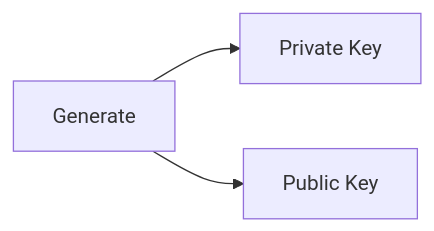
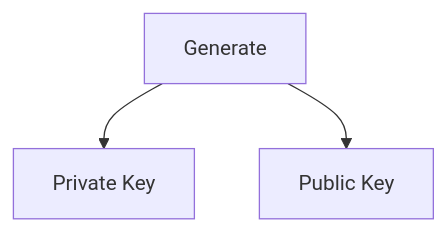
One commit to o2alexanderfedin/angular-cas-disot changed the fifth of 6 diagrams in docs/api/services.md. Above: the diagram before and after it, drawn with Mermaid. The commit also changed other lines of this file and 18 other files, not shown here.

````diff
--- a/docs/api/services.md
+++ b/docs/api/services.md
@@ -253,5 +274,9 @@
 ```mermaid
-graph LR
-    GENERATE[Generate] --> PRIVATE[Private Key] 
-    GENERATE --> PUBLIC[Public Key]
+graph TD
+    GENERATE[Generate]
+    PRIVATE[Private Key]
+    PUBLIC[Public Key]
+    
+    GENERATE --> PRIVATE
+    GENERATE --> PUBLIC
 ```
````
